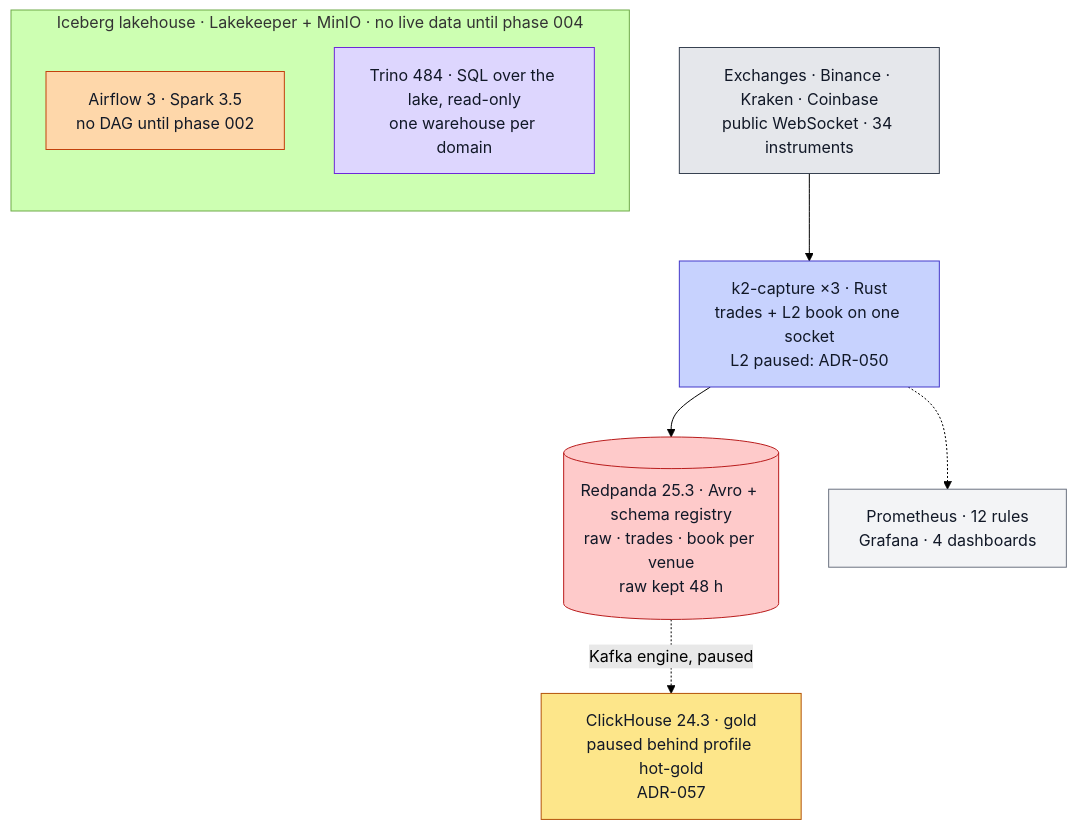
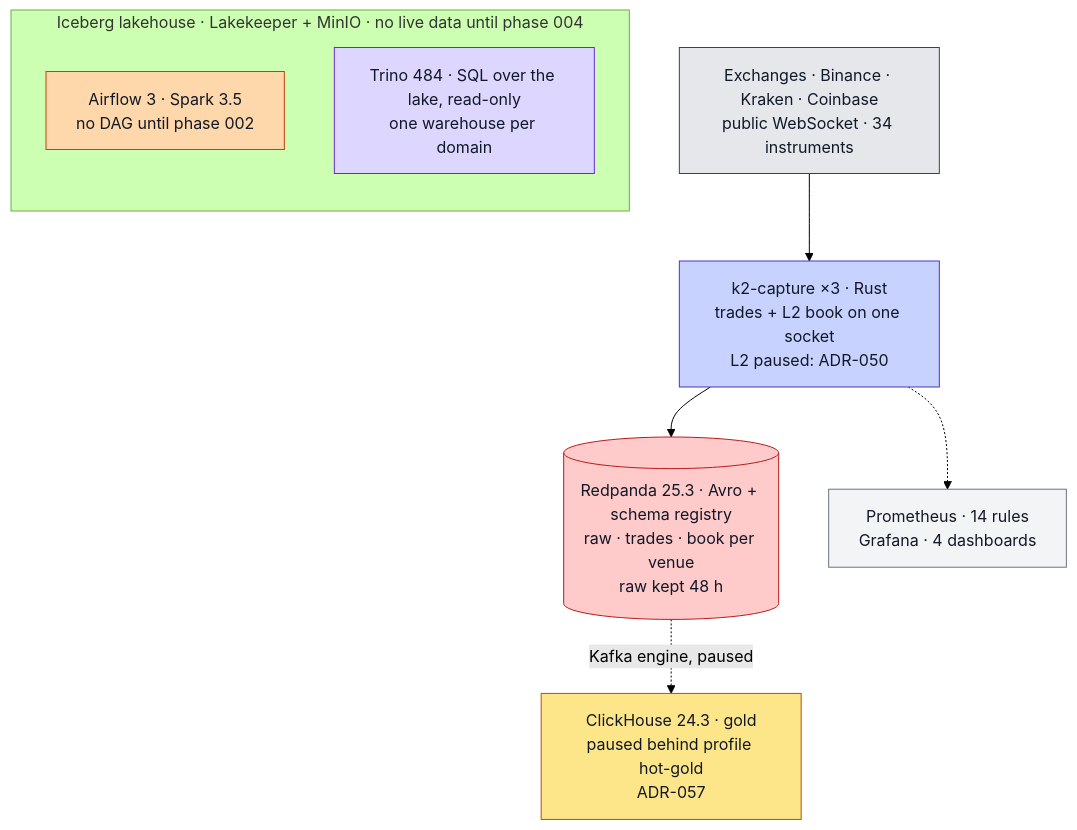
One commit to rjdscott/k2-market-data-platform changed the diagram in README.md. Above: the diagram before and after it, drawn with Mermaid (forest theme). The commit also changed other lines of this file and 10 other files, not shown here.

````diff
--- a/README.md
+++ b/README.md
@@ -75,25 +75,25 @@
 ```mermaid
 flowchart TB
   E["Exchanges · Binance · Kraken · Coinbase<br/>public WebSocket · 34 instruments"]:::ex
   F["k2-capture ×3 · Rust<br/>trades + L2 book on one socket<br/>L2 paused: ADR-050"]:::rs
   R[("Redpanda 25.3 · Avro + schema registry<br/>raw · trades · book per venue<br/>raw kept 48 h")]:::rp
   C["ClickHouse 24.3 · gold<br/>paused behind profile hot-gold<br/>ADR-057"]:::ch
   subgraph L["Iceberg lakehouse · Lakekeeper + MinIO · no live data until phase 004"]
     direction TB
     S["Airflow 3 · Spark 3.5<br/>no DAG until phase 002"]:::sp
     T["Trino 484 · SQL over the lake, read-only<br/>one warehouse per domain"]:::nb
   end
-  O["Prometheus · 12 rules<br/>Grafana · 4 dashboards"]:::ob
+  O["Prometheus · 14 rules<br/>Grafana · 4 dashboards"]:::ob
 
   E --> F --> R
   R -.->|Kafka engine, paused| C
   F -.-> O
 
   classDef ex fill:#e5e7eb,stroke:#374151,color:#111827
   classDef rs fill:#c7d2fe,stroke:#4338ca,color:#111827
   classDef rp fill:#fecaca,stroke:#b91c1c,color:#111827
   classDef sp fill:#fed7aa,stroke:#c2410c,color:#111827
   classDef ch fill:#fde68a,stroke:#b45309,color:#111827
   classDef nb fill:#ddd6fe,stroke:#6d28d9,color:#111827
   classDef ob fill:#f3f4f6,stroke:#6b7280,color:#111827
 ```
````
